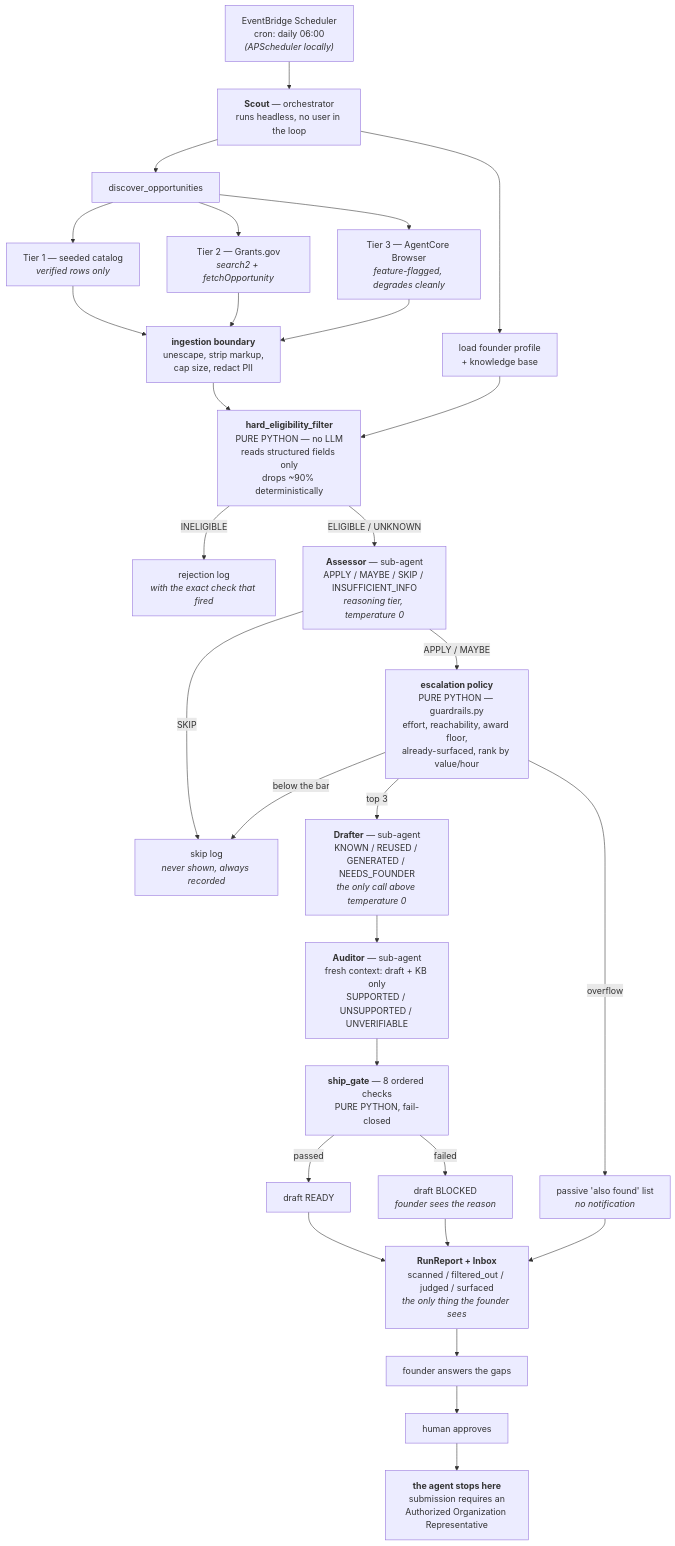
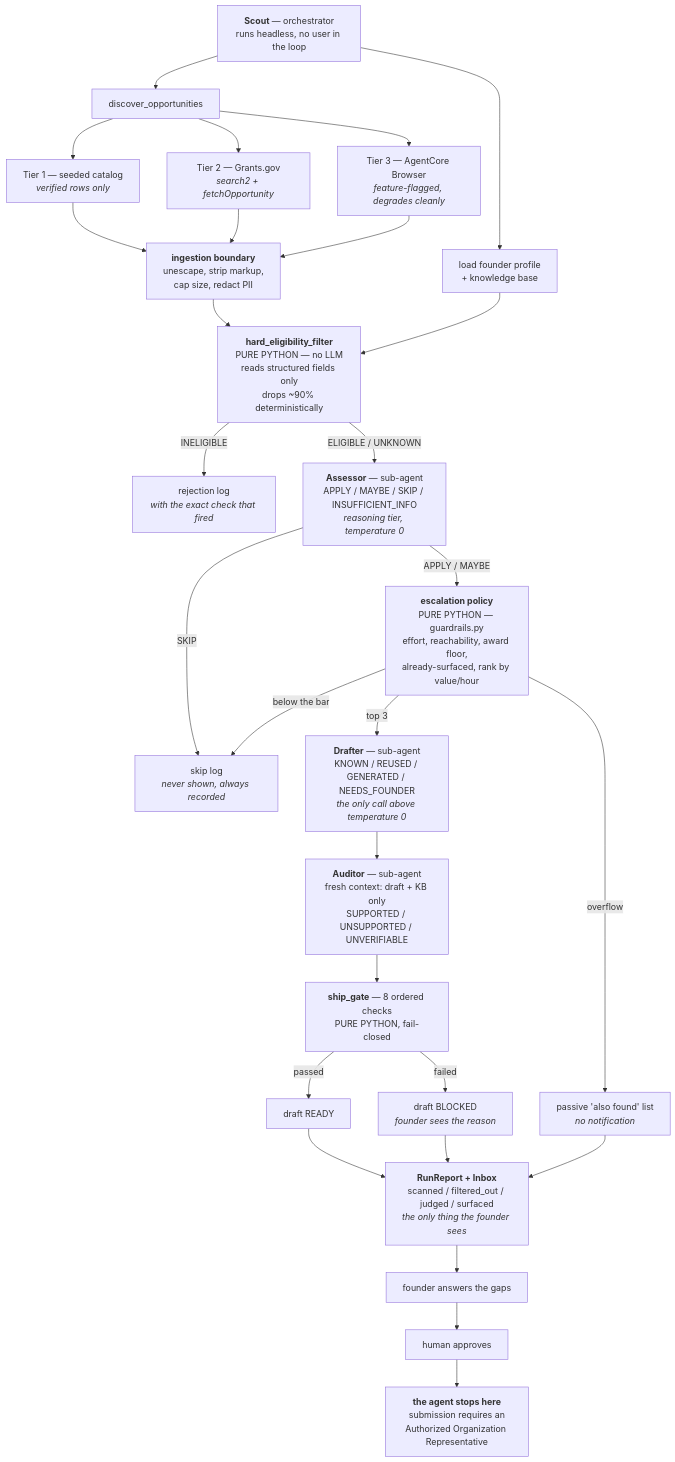
One commit to N1tu-Mar/Kairos changed the second of 4 diagrams in docs/architecture.md. Above: the diagram before and after it, drawn with Mermaid. The commit also changed other lines of this file and 3 other files, not shown here.

````diff
--- a/docs/architecture.md
+++ b/docs/architecture.md
@@ -7,56 +56,53 @@
 ```mermaid
 flowchart TD
-    SCHED["EventBridge Scheduler<br/>cron: daily 06:00<br/><i>(APScheduler locally)</i>"]
     SCOUT["<b>Scout</b> — orchestrator<br/>runs headless, no user in the loop"]
-
-    SCHED --> SCOUT
 
     SCOUT --> DISC["discover_opportunities"]
     SCOUT --> PROF["load founder profile<br/>+ knowledge base"]
 
     DISC --> T1["Tier 1 — seeded catalog<br/><i>verified rows only</i>"]
     DISC --> T2["Tier 2 — Grants.gov<br/><i>search2 + fetchOpportunity</i>"]
     DISC --> T3["Tier 3 — AgentCore Browser<br/><i>feature-flagged, degrades cleanly</i>"]
 
     T1 --> INGEST
     T2 --> INGEST
     T3 --> INGEST
     INGEST["<b>ingestion boundary</b><br/>unescape, strip markup,<br/>cap size, redact PII"]
 
     INGEST --> FILTER
     PROF --> FILTER
     FILTER["<b>hard_eligibility_filter</b><br/>PURE PYTHON — no LLM<br/>reads structured fields only<br/>drops ~90% deterministically"]
 
     FILTER -->|INELIGIBLE| REJLOG["rejection log<br/><i>with the exact check that fired</i>"]
     FILTER -->|ELIGIBLE / UNKNOWN| ASSESS
 
     ASSESS["<b>Assessor</b> — sub-agent<br/>APPLY / MAYBE / SKIP / INSUFFICIENT_INFO<br/><i>reasoning tier, temperature 0</i>"]
 
     ASSESS -->|SKIP| SKIPLOG["skip log<br/><i>never shown, always recorded</i>"]
     ASSESS -->|APPLY / MAYBE| POLICY
 
     POLICY["<b>escalation policy</b><br/>PURE PYTHON — guardrails.py<br/>effort, reachability, award floor,<br/>already-surfaced, rank by value/hour"]
 
     POLICY -->|below the bar| SKIPLOG
     POLICY -->|top 3| DRAFT
     POLICY -->|overflow| PASSIVE["passive 'also found' list<br/><i>no notification</i>"]
 
     DRAFT["<b>Drafter</b> — sub-agent<br/>KNOWN / REUSED / GENERATED / NEEDS_FOUNDER<br/><i>the only call above temperature 0</i>"]
     DRAFT --> AUDIT
     AUDIT["<b>Auditor</b> — sub-agent<br/>fresh context: draft + KB only<br/>SUPPORTED / UNSUPPORTED / UNVERIFIABLE"]
 
     AUDIT --> GATE
     GATE["<b>ship_gate</b> — 8 ordered checks<br/>PURE PYTHON, fail-closed"]
 
     GATE -->|passed| READY["draft READY"]
     GATE -->|failed| BLOCKED["draft BLOCKED<br/><i>founder sees the reason</i>"]
 
     READY --> INBOX
     BLOCKED --> INBOX
     PASSIVE --> INBOX
     INBOX["<b>RunReport + Inbox</b><br/>scanned / filtered_out / judged / surfaced<br/><i>the only thing the founder sees</i>"]
 
     INBOX --> HUMAN["founder answers the gaps"]
     HUMAN --> APPROVE["human approves"]
     APPROVE --> STOP["<b>the agent stops here</b><br/>submission requires an<br/>Authorized Organization Representative"]
 ```
````
